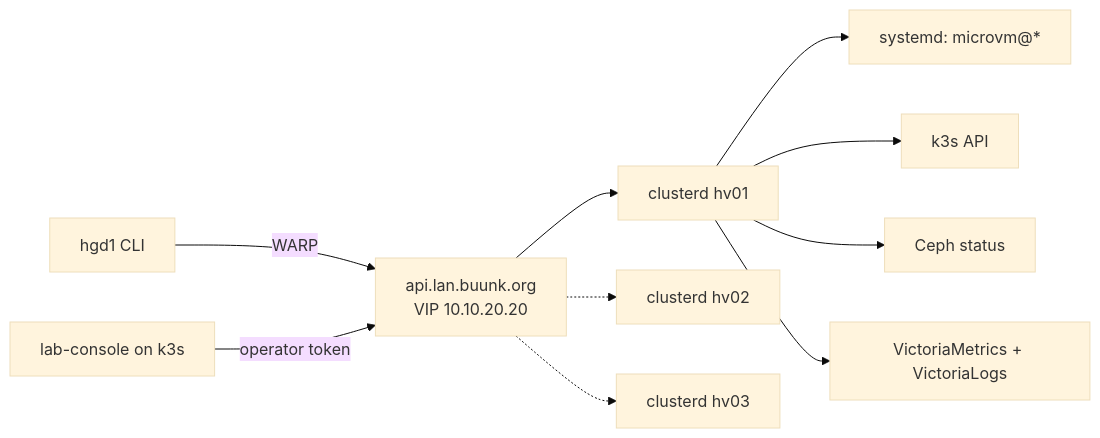
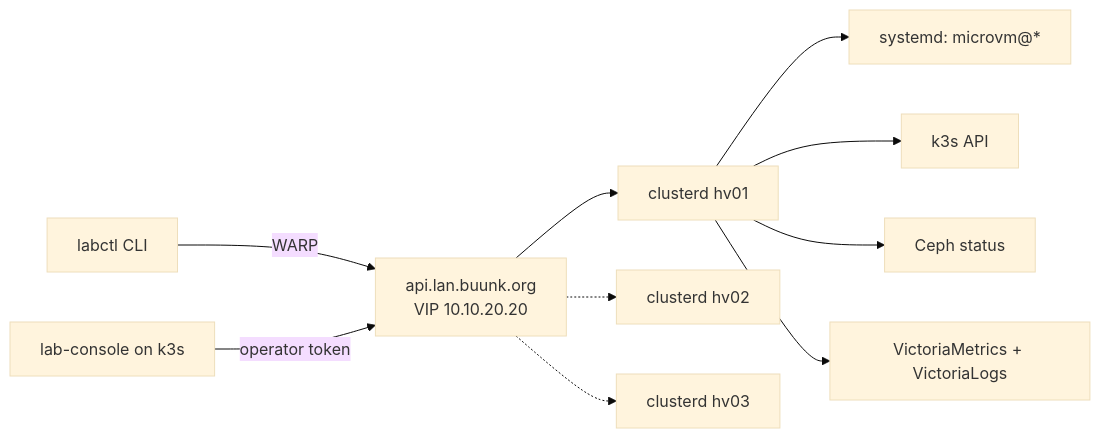
The diagram in docs/concepts/api.md (jurrebuunk/nix-cluster), drawn with Mermaid (base theme) before and after one commit. The commit also changed other lines of this file and 21 other files, not shown here.

First line of the commit message:
Docs: the CLI is labctl, built in the clusterd repo

````diff
--- a/docs/concepts/api.md
+++ b/docs/concepts/api.md
@@ -23,12 +23,12 @@
 ```mermaid
 flowchart LR
-  cli[hgd1 CLI] -- WARP --> vip
+  cli[labctl CLI] -- WARP --> vip
   ui[lab-console on k3s] -- operator token --> vip
   vip[api.lan.buunk.org<br/>VIP 10.10.20.20] --> c1[clusterd hv01]
   vip -.-> c2[clusterd hv02]
   vip -.-> c3[clusterd hv03]
   c1 --> sd[systemd: microvm@*]
   c1 --> k8s[k3s API]
   c1 --> ceph[Ceph status]
   c1 --> mon[VictoriaMetrics + VictoriaLogs]
 ```
````
